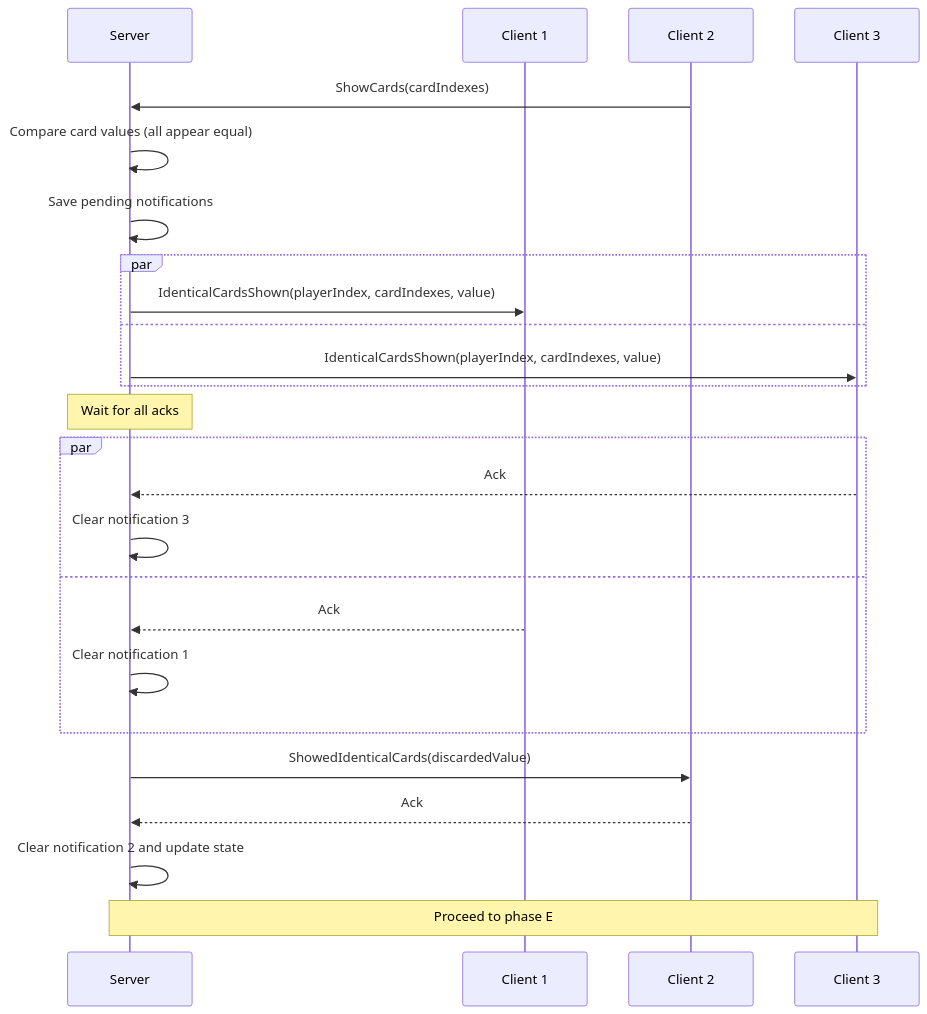
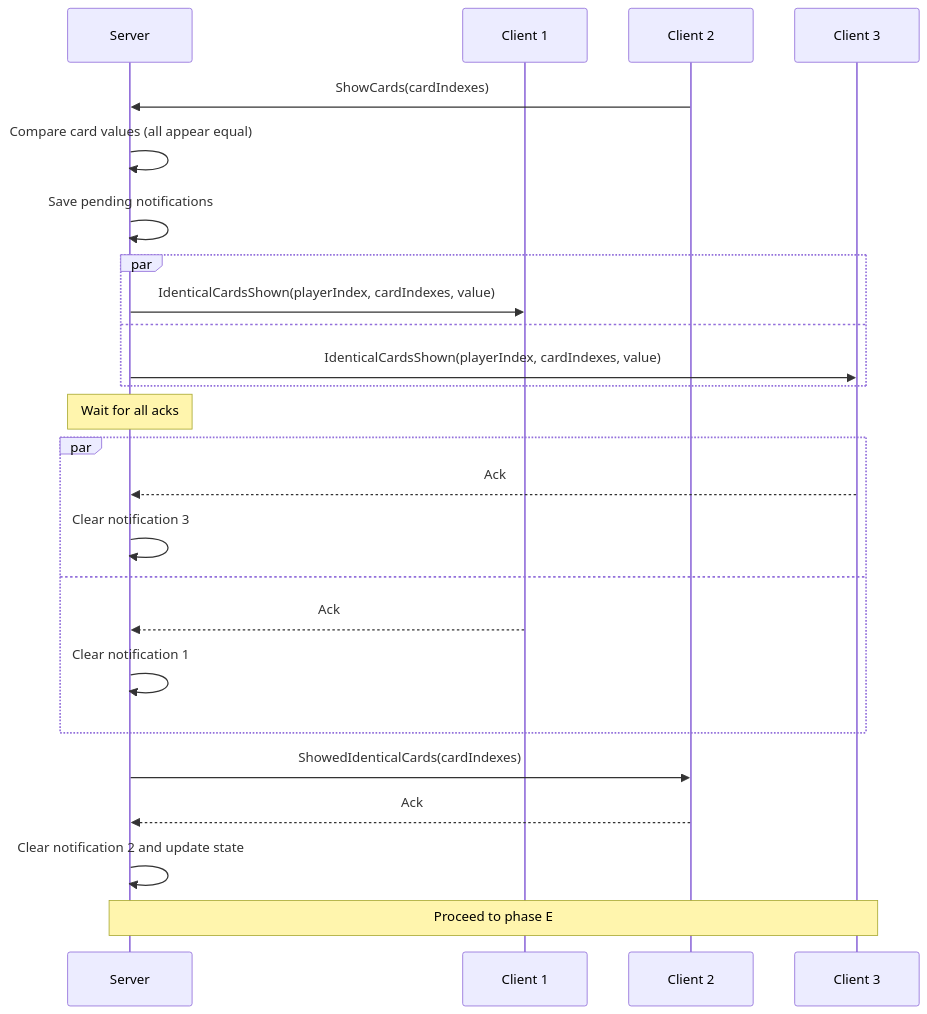
Before and after one commit to roman-zubarevich/another: the sixth of 15 diagrams in README.md, drawn with Mermaid. The commit also changed other lines of this file, not shown here.

````diff
--- a/README.md
+++ b/README.md
@@ -162,27 +162,27 @@
 ```mermaid
 sequenceDiagram
     participant S as Server
     participant C1 as Client 1
     participant C2 as Client 2
     participant C3 as Client 3
     C2->>S: ShowCards(cardIndexes)
     S->>S: Compare card values (all appear equal)
     S->>S: Save pending notifications
     par
         S->>C1: IdenticalCardsShown(playerIndex, cardIndexes, value)
     and
         S->>C3: IdenticalCardsShown(playerIndex, cardIndexes, value)
     end
     Note over S: Wait for all acks
     par
         C3-->>S: Ack
         S->>S: Clear notification 3
     and
         C1-->>S: Ack
         S->>S: Clear notification 1
     end
-    S->>C2: ShowedIdenticalCards(discardedValue)
+    S->>C2: ShowedIdenticalCards(cardIndexes)
     C2-->>S: Ack
     S->>S: Clear notification 2 and update state
     Note over S,C3: Proceed to phase E
 ```
````
